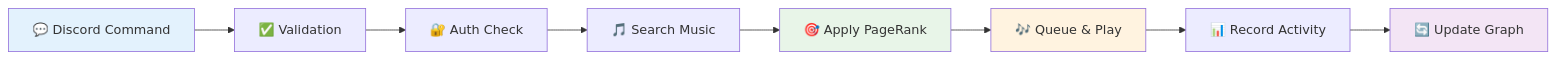
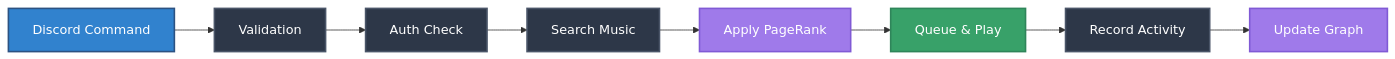
One commit to Goge052215/goges-meme-bot changed the second of 2 diagrams in README.md. Above: the diagram before and after it, drawn with Mermaid. The commit also changed other lines of this file and 5 other files, not shown here.

````diff
--- a/README.md
+++ b/README.md
@@ -154,15 +156,19 @@
 ```mermaid
 flowchart LR
-    A[💬 Discord Command] --> B[✅ Validation]
-    B --> C[🔐 Auth Check]
-    C --> D[🎵 Search Music]
-    D --> E[🎯 Apply PageRank]
-    E --> F[🎶 Queue & Play]
-    F --> G[📊 Record Activity]
-    G --> H[🔄 Update Graph]
+    A["Discord Command"] --> B["Validation"]
+    B --> C["Auth Check"]
+    C --> D["Search Music"]
+    D --> E["Apply PageRank"]
+    E --> F["Queue & Play"]
+    F --> G["Record Activity"]
+    G --> H["Update Graph"]
     
-    style A fill:#e3f2fd
-    style E fill:#e8f5e8
-    style F fill:#fff3e0
-    style H fill:#f3e5f5
+    classDef default fill:#2d3748,stroke:#4a5568,stroke-width:2px,color:#ffffff
+    classDef command fill:#3182ce,stroke:#2c5282,stroke-width:2px,color:#ffffff
+    classDef process fill:#9f7aea,stroke:#805ad5,stroke-width:2px,color:#ffffff
+    classDef result fill:#38a169,stroke:#2f855a,stroke-width:2px,color:#ffffff
+    
+    class A command
+    class E,H process
+    class F result
 ```
````
